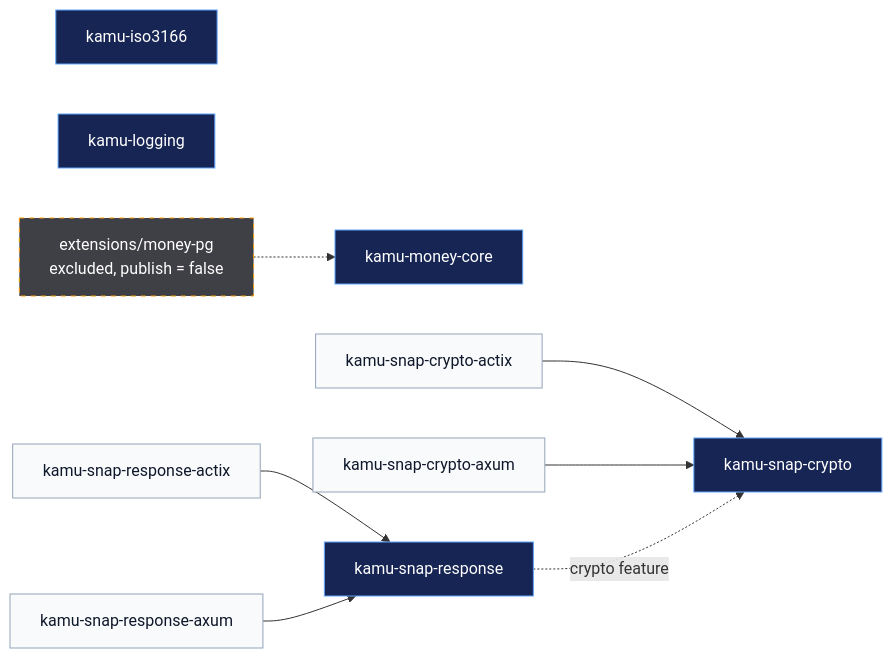
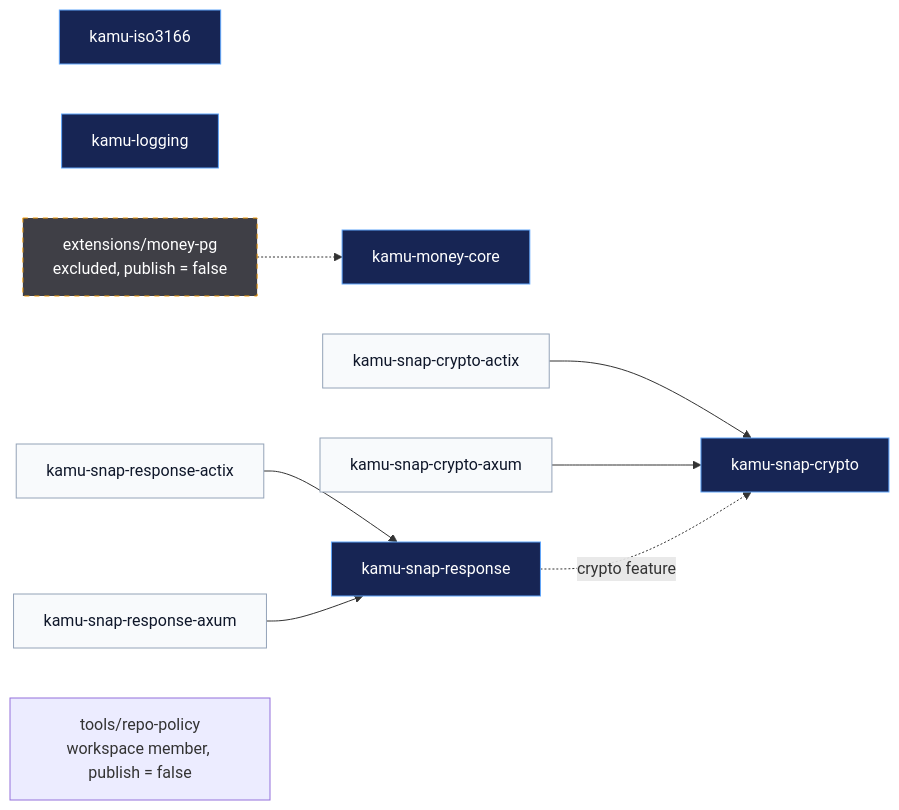
Before and after one commit to pt-immer/kamu-public-crates: the diagram in README.md, drawn with Mermaid. The commit also changed 14 other files, not shown here.

````diff
--- a/README.md
+++ b/README.md
@@ -36,23 +36,24 @@
 ```mermaid
 flowchart LR
     ISO["kamu-iso3166"]
     LOG["kamu-logging"]
     MONEY["kamu-money-core"]
 
     CRYPTO["kamu-snap-crypto"]
     RESPONSE["kamu-snap-response"]
     CRYPTO_ACTIX["kamu-snap-crypto-actix"] --> CRYPTO
     CRYPTO_AXUM["kamu-snap-crypto-axum"] --> CRYPTO
     RESPONSE_ACTIX["kamu-snap-response-actix"] --> RESPONSE
     RESPONSE_AXUM["kamu-snap-response-axum"] --> RESPONSE
     RESPONSE -. "crypto feature" .-> CRYPTO
 
     PG["extensions/money-pg<br/>excluded, publish = false"] -.-> MONEY
+    POLICY["tools/repo-policy<br/>workspace member, publish = false"]
 
     classDef leaf fill:#172554,color:#fff,stroke:#60a5fa
     classDef adapter fill:#f8fafc,color:#0f172a,stroke:#94a3b8
     classDef lane fill:#3f3f46,color:#fff,stroke:#f59e0b,stroke-dasharray: 5 5
     class ISO,LOG,MONEY,CRYPTO,RESPONSE leaf
     class CRYPTO_ACTIX,CRYPTO_AXUM,RESPONSE_ACTIX,RESPONSE_AXUM adapter
     class PG lane
 ```
````
